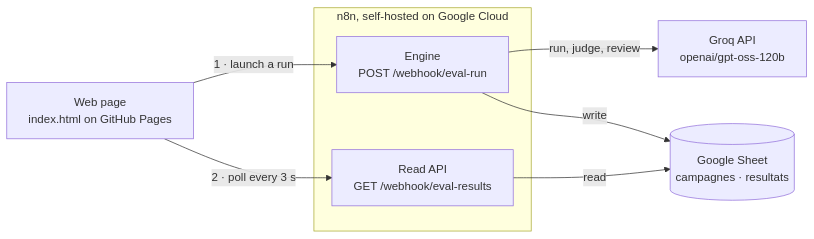
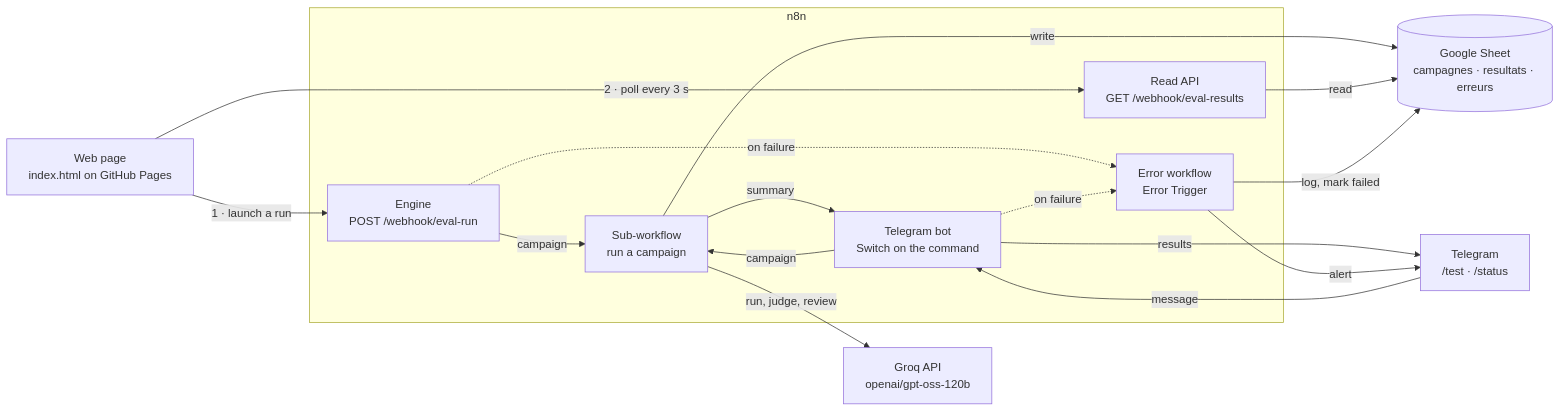
The diagram in README.md (mariusrang/banc-essai-prompts), drawn with Mermaid before and after one commit. The commit also changed other lines of this file and 1 other file, not shown here.

````diff
--- a/README.md
+++ b/README.md
@@ -93,16 +93,29 @@
 ```mermaid
 flowchart LR
     UI["Web page<br/>index.html on GitHub Pages"]
-    subgraph n8n["n8n, self-hosted on Google Cloud"]
+    TG["Telegram<br/>/test · /status"]
+    subgraph n8n["n8n"]
         RUN["Engine<br/>POST /webhook/eval-run"]
+        BOT["Telegram bot<br/>Switch on the command"]
+        SUB["Sub-workflow<br/>run a campaign"]
         READ["Read API<br/>GET /webhook/eval-results"]
+        ERR["Error workflow<br/>Error Trigger"]
     end
     G["Groq API<br/>openai/gpt-oss-120b"]
-    S[("Google Sheet<br/>campagnes · resultats")]
+    S[("Google Sheet<br/>campagnes · resultats · erreurs")]
 
     UI -- "1 · launch a run" --> RUN
-    RUN -- "run, judge, review" --> G
-    RUN -- "write" --> S
+    TG -- "message" --> BOT
+    RUN -- "campaign" --> SUB
+    BOT -- "campaign" --> SUB
+    SUB -- "run, judge, review" --> G
+    SUB -- "write" --> S
+    SUB -- "summary" --> BOT
+    BOT -- "results" --> TG
     UI -- "2 · poll every 3 s" --> READ
     READ -- "read" --> S
+    RUN -. "on failure" .-> ERR
+    BOT -. "on failure" .-> ERR
+    ERR -- "log, mark failed" --> S
+    ERR -- "alert" --> TG
 ```
````
